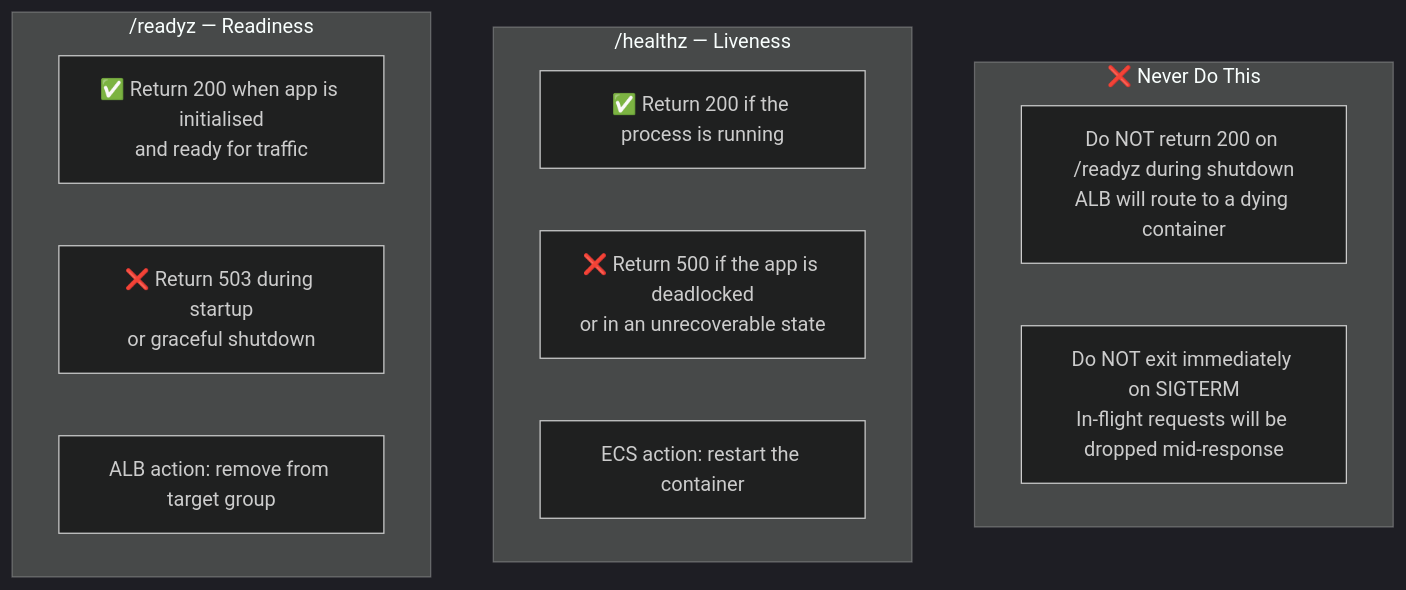
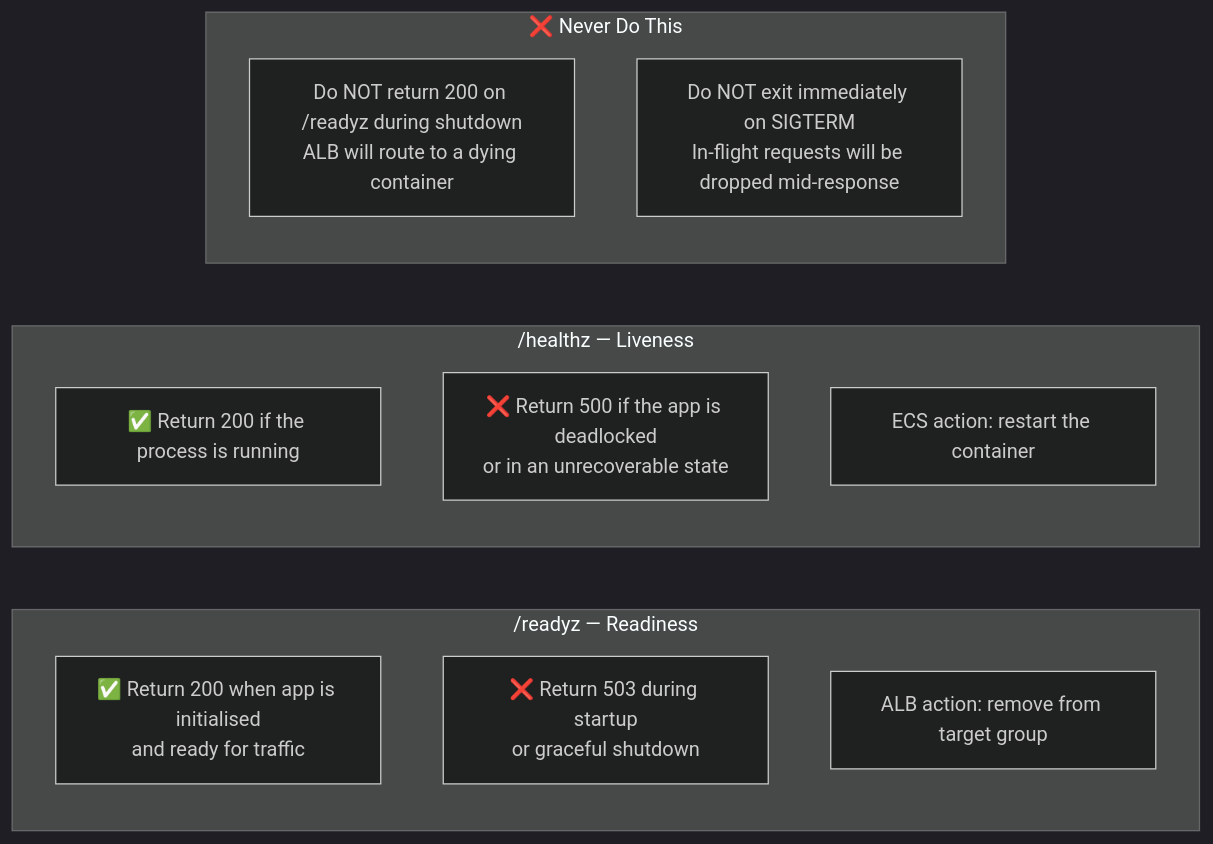
One commit to romangurevitch/GoTraining changed the fourth of 6 diagrams in internal/fundamentals/api-lifecycle-and-deployment/04-cloud-deployment.md. Above: the diagram before and after it, drawn with Mermaid (dark theme). The commit also changed other lines of this file and 20 other files, not shown here.

````diff
--- a/internal/fundamentals/api-lifecycle-and-deployment/04-cloud-deployment.md
+++ b/internal/fundamentals/api-lifecycle-and-deployment/04-cloud-deployment.md
@@ -92,20 +94,27 @@
 ```mermaid
-graph TB
+graph TD
 
     subgraph NeverDo["❌ Never Do This"]
+        direction TB
         N1["Do NOT return 200 on /readyz during shutdown<br/>ALB will route to a dying container"]
         N2["Do NOT exit immediately on SIGTERM<br/>In-flight requests will be dropped mid-response"]
     end
+
+    NeverDo ~~~ Liveness
     
     subgraph Liveness["/healthz — Liveness"]
+        direction TB
         L1["✅ Return 200 if the process is running"]
         L2["❌ Return 500 if the app is deadlocked<br/>or in an unrecoverable state"]
         L3["ECS action: restart the container"]
     end
 
+    Liveness ~~~ Readiness
+
     subgraph Readiness["/readyz — Readiness"]
+        direction TB
         R1["✅ Return 200 when app is initialised<br/>and ready for traffic"]
         R2["❌ Return 503 during startup<br/>or graceful shutdown"]
         R3["ALB action: remove from target group"]
     end
 ```
````
